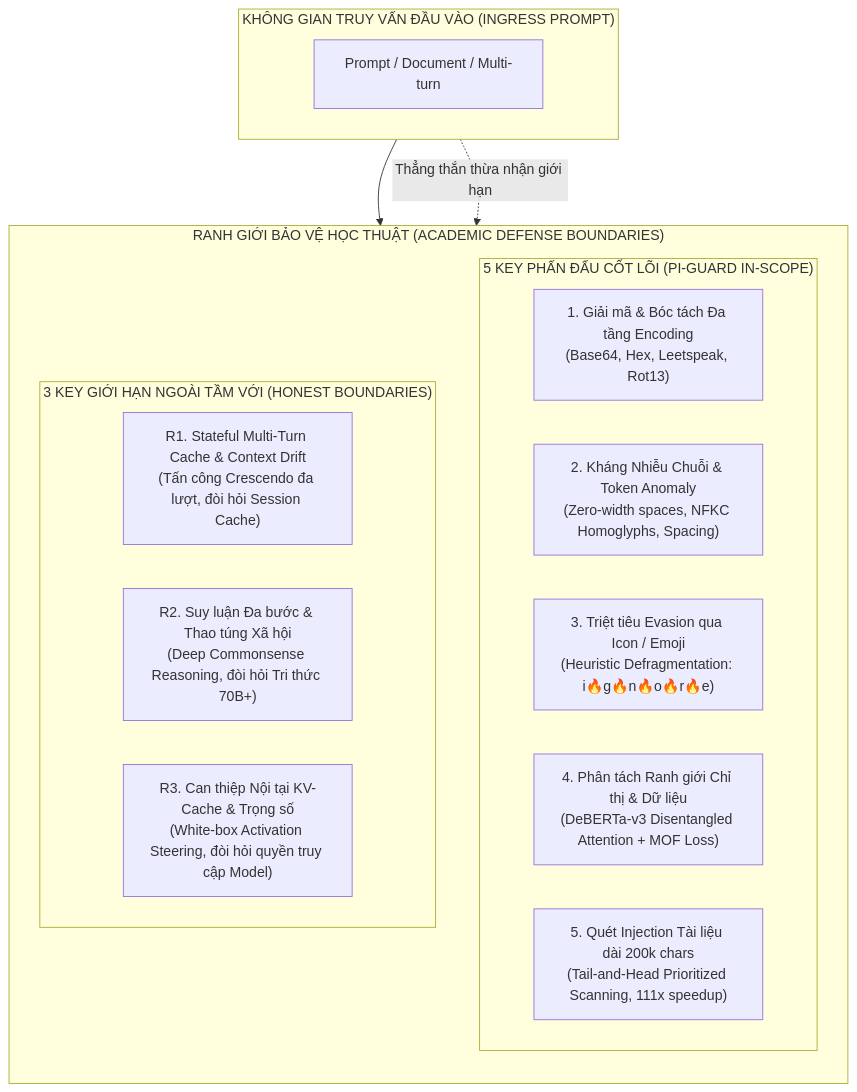
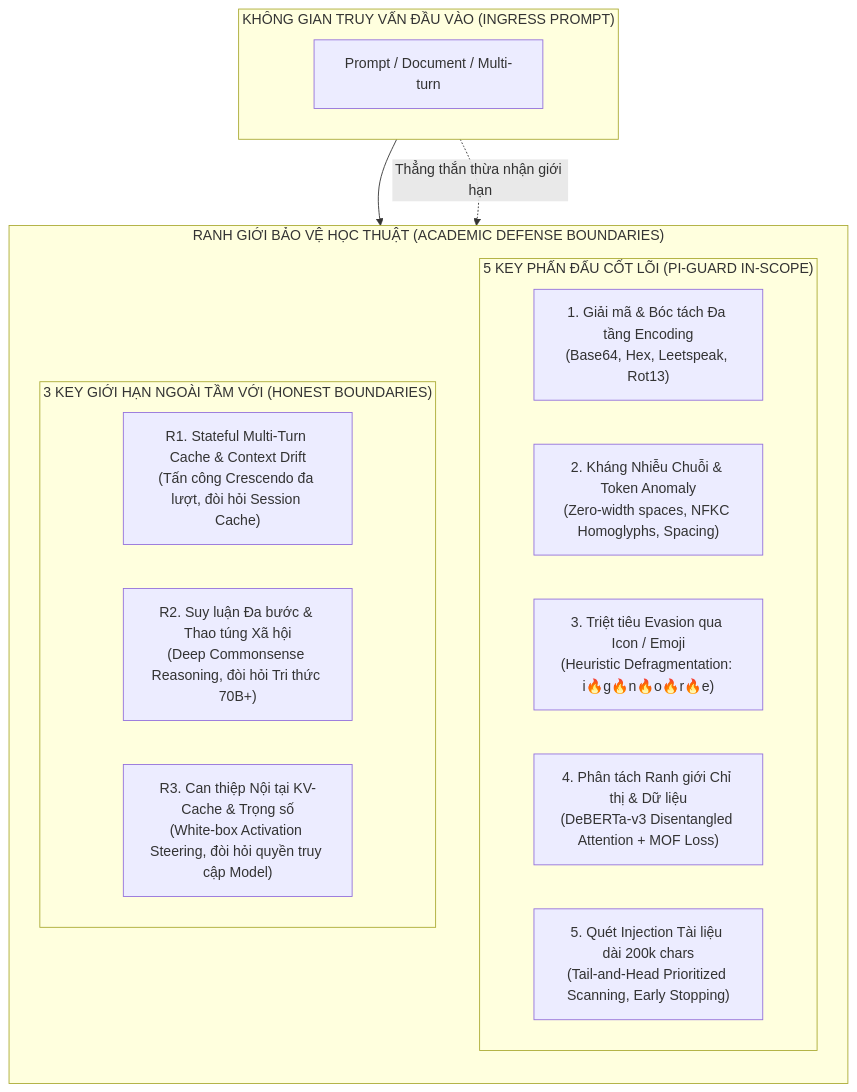
One commit to nvtruongops/pi-guard changed the diagram in workspaces/truongnv/reports/tasks_for_meeting_6/03_reports_and_executive_briefs/COUNCIL_DEFENSE_RATIONALE_AND_GAP_AUDIT.md. Above: the diagram before and after it, drawn with Mermaid. The commit also changed other lines of this file and 407 other files, not shown here.

````diff
--- a/workspaces/truongnv/reports/tasks_for_meeting_6/03_reports_and_executive_briefs/COUNCIL_DEFENSE_RATIONALE_AND_GAP_AUDIT.md
+++ b/workspaces/truongnv/reports/tasks_for_meeting_6/03_reports_and_executive_briefs/COUNCIL_DEFENSE_RATIONALE_AND_GAP_AUDIT.md
@@ -23,26 +23,26 @@
 ```mermaid
 flowchart TD
     subgraph InputSpace["KHÔNG GIAN TRUY VẤN ĐẦU VÀO (INGRESS PROMPT)"]
         RawPrompt["Prompt / Document / Multi-turn"]
     end
 
     subgraph DefenseBoundaries["RANH GIỚI BẢO VỆ HỌC THUẬT (ACADEMIC DEFENSE BOUNDARIES)"]
         direction TB
         subgraph StrivedKeys["5 KEY PHẤN ĐẤU CỐT LÕI (PI-GUARD IN-SCOPE)"]
             K1["1. Giải mã & Bóc tách Đa tầng Encoding<br/>(Base64, Hex, Leetspeak, Rot13)"]
             K2["2. Kháng Nhiễu Chuỗi & Token Anomaly<br/>(Zero-width spaces, NFKC Homoglyphs, Spacing)"]
             K3["3. Triệt tiêu Evasion qua Icon / Emoji<br/>(Heuristic Defragmentation: i🔥g🔥n🔥o🔥r🔥e)"]
             K4["4. Phân tách Ranh giới Chỉ thị & Dữ liệu<br/>(DeBERTa-v3 Disentangled Attention + MOF Loss)"]
-            K5["5. Quét Injection Tài liệu dài 200k chars<br/>(Tail-and-Head Prioritized Scanning, 111x speedup)"]
+            K5["5. Quét Injection Tài liệu dài 200k chars<br/>(Tail-and-Head Prioritized Scanning, Early Stopping)"]
         end
 
         subgraph OutOfReach["3 KEY GIỚI HẠN NGOÀI TẦM VỚI (HONEST BOUNDARIES)"]
             O1["R1. Stateful Multi-Turn Cache & Context Drift<br/>(Tấn công Crescendo đa lượt, đòi hỏi Session Cache)"]
             O2["R2. Suy luận Đa bước & Thao túng Xã hội<br/>(Deep Commonsense Reasoning, đòi hỏi Tri thức 70B+)"]
             O3["R3. Can thiệp Nội tại KV-Cache & Trọng số<br/>(White-box Activation Steering, đòi hỏi quyền truy cập Model)"]
         end
     end
 
     InputSpace --> StrivedKeys
     InputSpace -.->|Thẳng thắn thừa nhận giới hạn| OutOfReach
 ```
````
